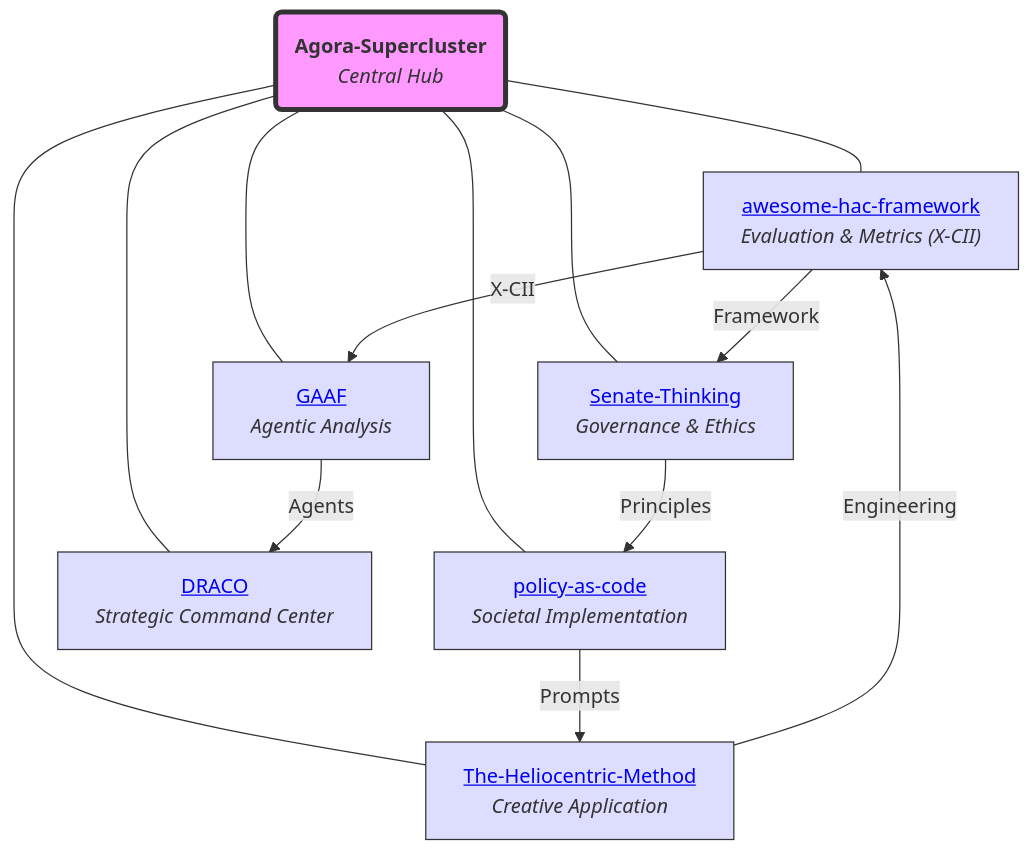
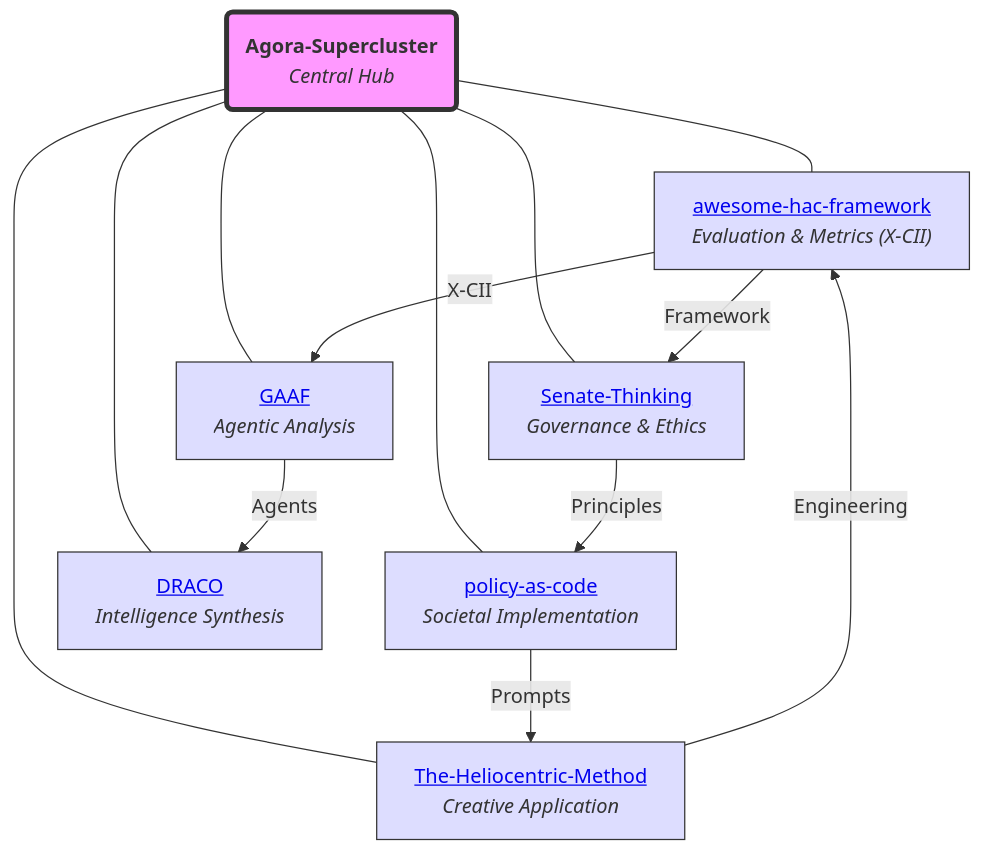
The diagram in README.md (torisan-unya/Agora-Supercluster), drawn with Mermaid before and after one commit. The commit also changed other lines of this file, not shown here.

````diff
--- a/README.md
+++ b/README.md
@@ -19,22 +19,22 @@
 ```mermaid
 graph TD
     A("<b>Agora-Supercluster</b><br><i>Central Hub</i>")
     B["<a href='https://github.com/torisan-unya/awesome-hac-framework'>awesome-hac-framework</a><br><i>Evaluation & Metrics (X-CII)</i>"]
     C["<a href='https://github.com/torisan-unya/Senate-Thinking'>Senate-Thinking</a><br><i>Governance & Ethics</i>"]
     D["<a href='https://github.com/torisan-unya/The-Heliocentric-Method'>The-Heliocentric-Method</a><br><i>Creative Application</i>"]
     E["<a href='https://github.com/torisan-unya/GAAF'>GAAF</a><br><i>Agentic Analysis</i>"]
     F["<a href='https://github.com/torisan-unya/policy-as-code'>policy-as-code</a><br><i>Societal Implementation</i>"]
-    H["<a href='https://github.com/torisan-unya/DRACO'>DRACO</a><br><i>Strategic Command Center</i>"]
+    H["<a href='https://github.com/torisan-unya/DRACO'>DRACO</a><br><i>Intelligence Synthesis</i>"]
     A --- B & C & D & E & F & H
     B -- X-CII --> E
     B -- Framework --> C
     F -- Prompts --> D
     C -- Principles --> F
     D -- Engineering --> B
     E -- Agents --> H
     classDef hub fill:#f9f,stroke:#333,stroke-width:4px;
     class A hub;
     classDef core fill:#ddf,stroke:#333;
     class B,C,D,E,F,H core;
 
 ```
````
